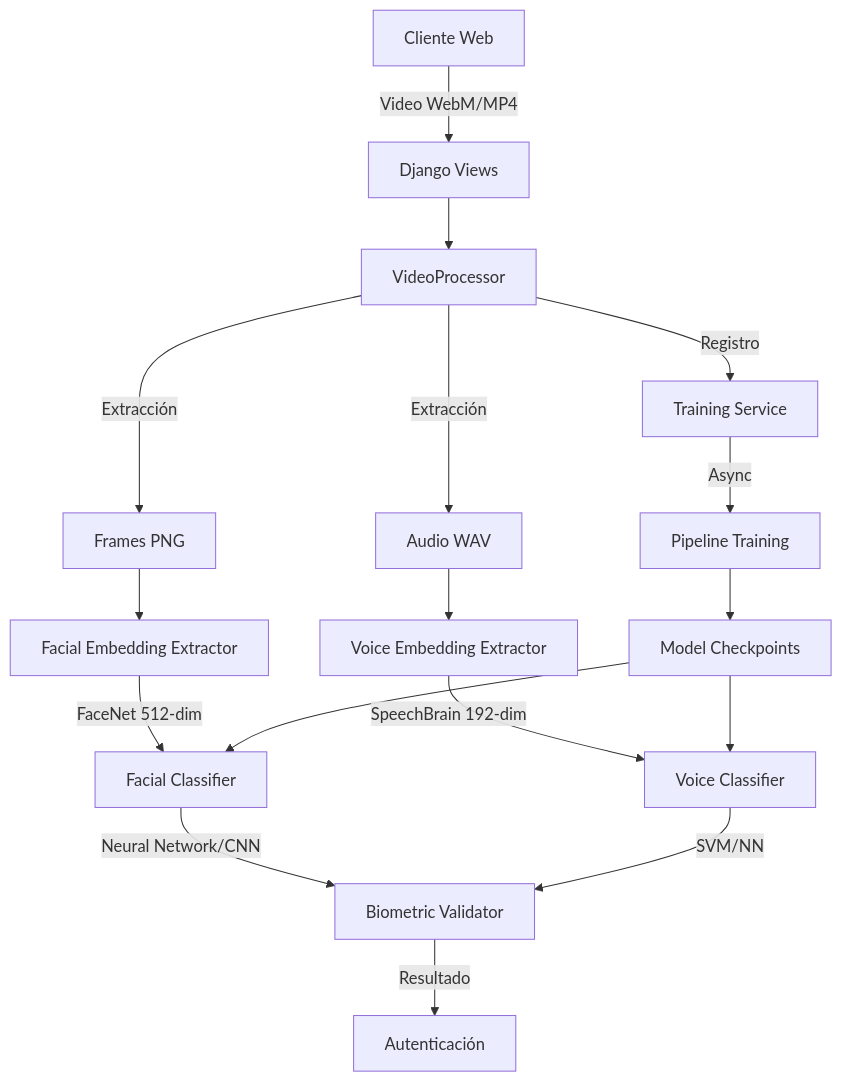
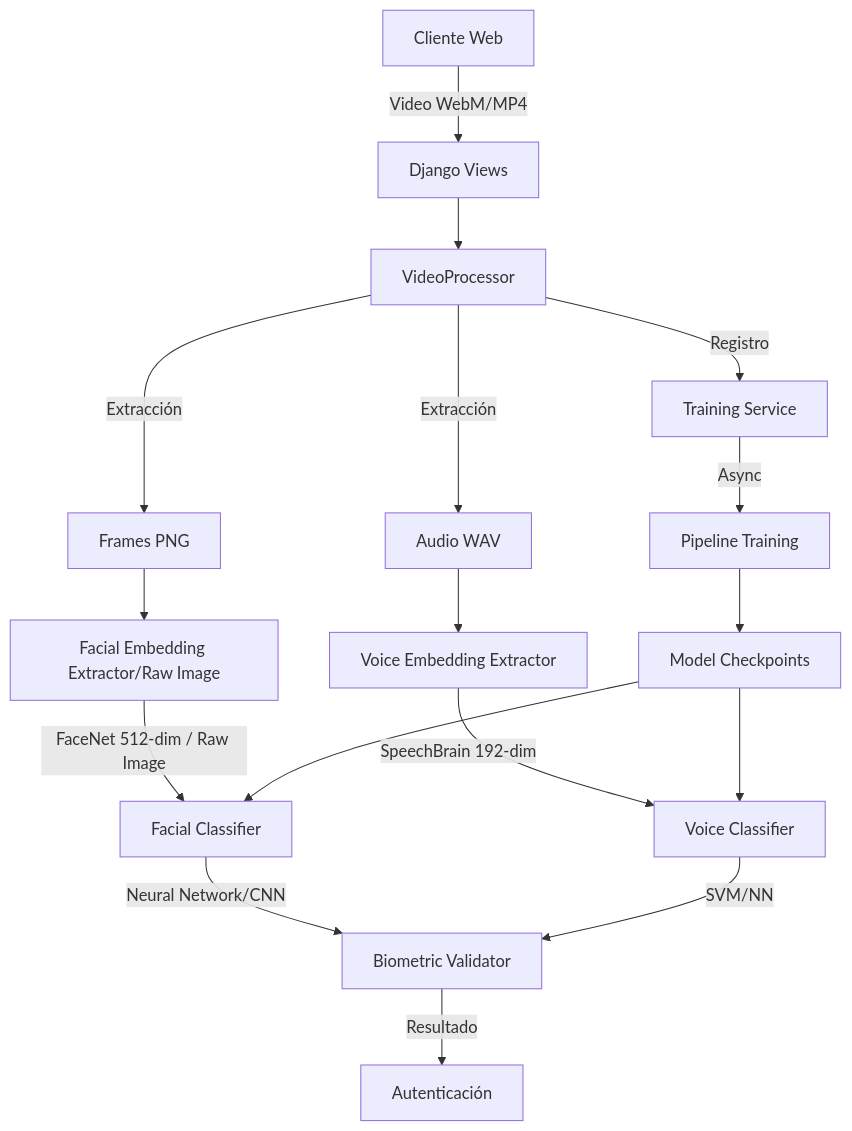
One commit to Leninner/ai-project changed the first of 3 diagrams in README.md. Above: the diagram before and after it, drawn with Mermaid. The commit also changed other lines of this file and 4 other files, not shown here.

Commit message:
feat: Add system architecture and CNN activation visualization documentation, refactor CNN classifier README, and update cnn_classifier.py.

````diff
--- a/README.md
+++ b/README.md
@@ -23,20 +23,20 @@
 ```mermaid
 graph TB
     A[Cliente Web] -->|Video WebM/MP4| B[Django Views]
     B --> C[VideoProcessor]
     C -->|Extracción| D[Frames PNG]
     C -->|Extracción| E[Audio WAV]
-    D --> F[Facial Embedding Extractor]
+    D --> F[Facial Embedding Extractor/Raw Image]
     E --> G[Voice Embedding Extractor]
-    F -->|FaceNet 512-dim| H[Facial Classifier]
+    F -->|FaceNet 512-dim / Raw Image| H[Facial Classifier]
     G -->|SpeechBrain 192-dim| I[Voice Classifier]
     H -->|Neural Network/CNN| J[Biometric Validator]
     I -->|SVM/NN| J
     J -->|Resultado| K[Autenticación]
     
     C -->|Registro| L[Training Service]
     L -->|Async| M[Pipeline Training]
     M --> N[Model Checkpoints]
     N --> H
     N --> I
 ```
````
